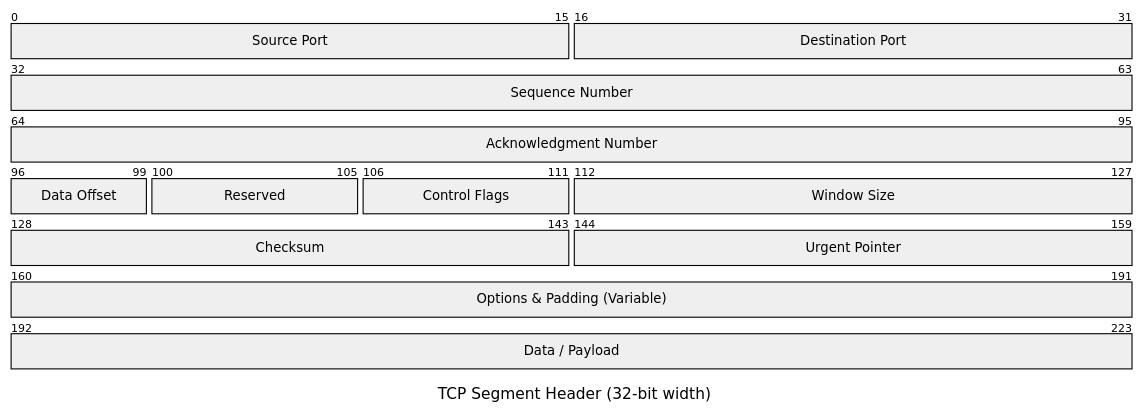
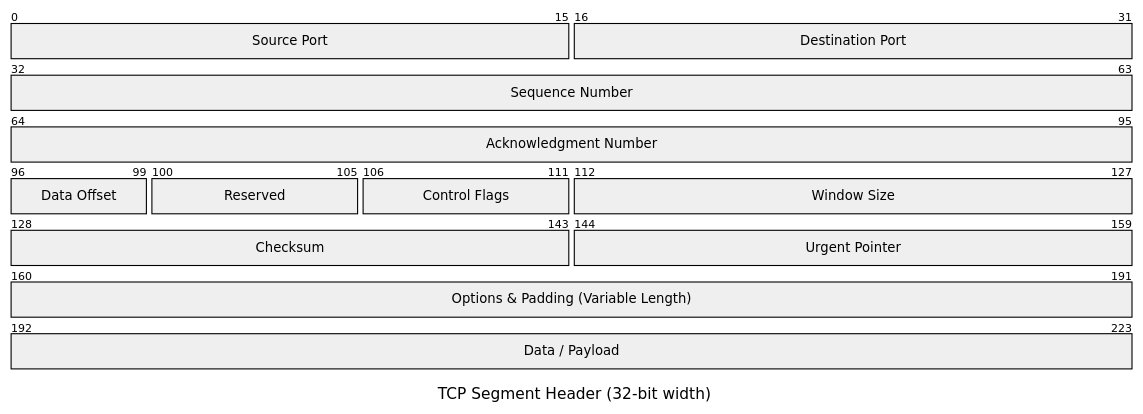
One commit to Matheus-de-Mello-Vieira/backend-knowledge changed the second of 3 diagrams in Networking/02 Protocols/05 TCP.md. Above: the diagram before and after it, drawn with Mermaid. The commit also changed other lines of this file, not shown here.

Commit message:
Restore preserved TCP diagram annotation

````diff
--- a/Networking/02 Protocols/05 TCP.md
+++ b/Networking/02 Protocols/05 TCP.md
@@ -130,16 +130,16 @@
 ```mermaid
 packet-beta
 title TCP Segment Header (32-bit width)
 0-15: "Source Port"
 16-31: "Destination Port"
 32-63: "Sequence Number"
 64-95: "Acknowledgment Number"
 96-99: "Data Offset"
 100-105: "Reserved"
 106-111: "Control Flags"
 112-127: "Window Size"
 128-143: "Checksum"
 144-159: "Urgent Pointer"
-160-191: "Options & Padding (Variable)"
+160-191: "Options & Padding (Variable Length)"
 192-223: "Data / Payload"
 ```
````
